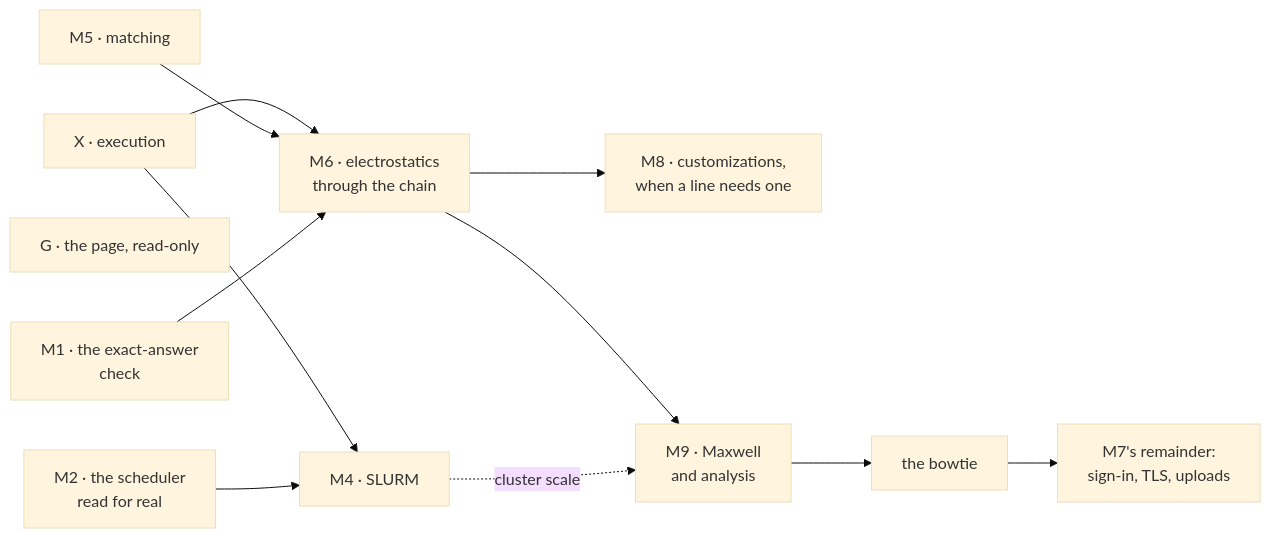
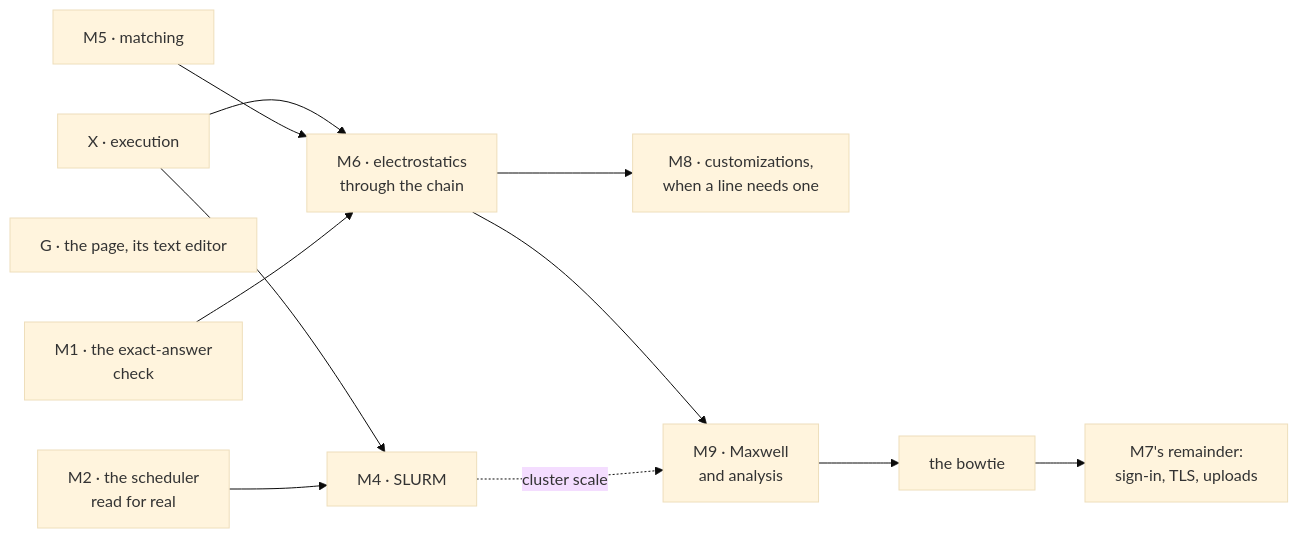
One commit to Qing-LAB/femkit changed the diagram in docs/plans/plan.md. Above: the diagram before and after it, drawn with Mermaid (base theme). The commit also changed other lines of this file and 512 other files, not shown here.

````diff
--- a/docs/plans/plan.md
+++ b/docs/plans/plan.md
@@ -139,16 +167,16 @@
 ```mermaid
 flowchart LR
     X["X · execution"]
     M5["M5 · matching"]
-    G["G · the page, read-only"]
+    G["G · the page, its text editor"]
     X --> M4["M4 · SLURM"]
     M2["M2 · the scheduler<br/>read for real"] --> M4
     X --> M6["M6 · electrostatics<br/>through the chain"]
     M5 --> M6
     M1["M1 · the exact-answer<br/>check"] --> M6
     M6 --> M8["M8 · customizations,<br/>when a line needs one"]
     M6 --> M9["M9 · Maxwell<br/>and analysis"]
     M4 -.->|"cluster scale"| M9
     M9 --> B["the bowtie"]
     B --> R7["M7's remainder:<br/>sign-in, TLS, uploads"]
 ```
````
